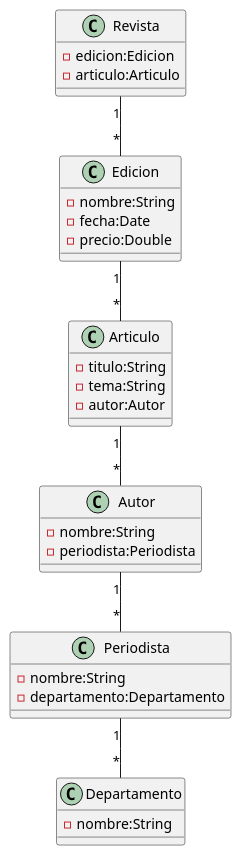
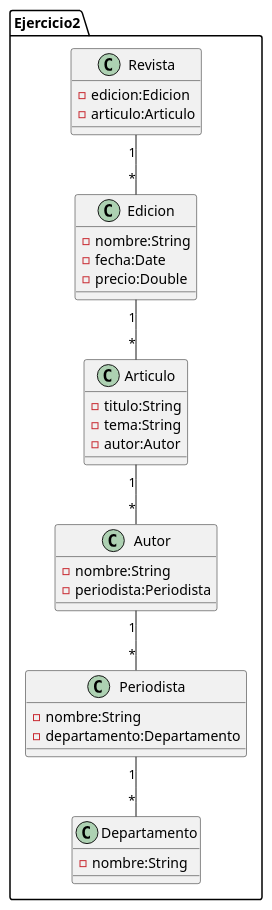
The diagram in Java/src/Ejercicio2.puml (SecondPort/DOO1), drawn with PlantUML before and after one commit. The commit also changed other lines of this file, not shown here.

```diff
--- a/Java/src/Ejercicio2.puml
+++ b/Java/src/Ejercicio2.puml
@@ -4,40 +8,41 @@
 @startuml
+package Ejercicio2{
+    class Revista{
+        -edicion:Edicion
+        -articulo:Articulo
+    }
 
-class Revista{
-    -edicion:Edicion
-    -articulo:Articulo
-}
+    class Edicion{
+        -nombre:String
+        -fecha:Date
+        -precio:Double
+    }
 
-class Edicion{
-    -nombre:String
-    -fecha:Date
-    -precio:Double
-}
+    class Articulo{
+        -titulo:String
+        -tema:String
+        -autor:Autor
+    }
 
-class Articulo{
-    -titulo:String
-    -tema:String
-    -autor:Autor
-}
+    class Autor{
+        -nombre:String
+        -periodista:Periodista
+    }
 
-class Autor{
-    -nombre:String
-    -periodista:Periodista
-}
+    class Periodista{
+        -nombre:String
+        -departamento:Departamento
+    }
 
-class Periodista{
-    -nombre:String
-    -departamento:Departamento
-}
-
-class Departamento{
-    -nombre:String
+    class Departamento{
+        -nombre:String
+    }
 }
 
 Revista "1" -- "*" Edicion
 Edicion "1" -- "*" Articulo
 Articulo "1" -- "*" Autor
 Autor "1" -- "*" Periodista
 Periodista "1" -- "*" Departamento
 
 @enduml
```
